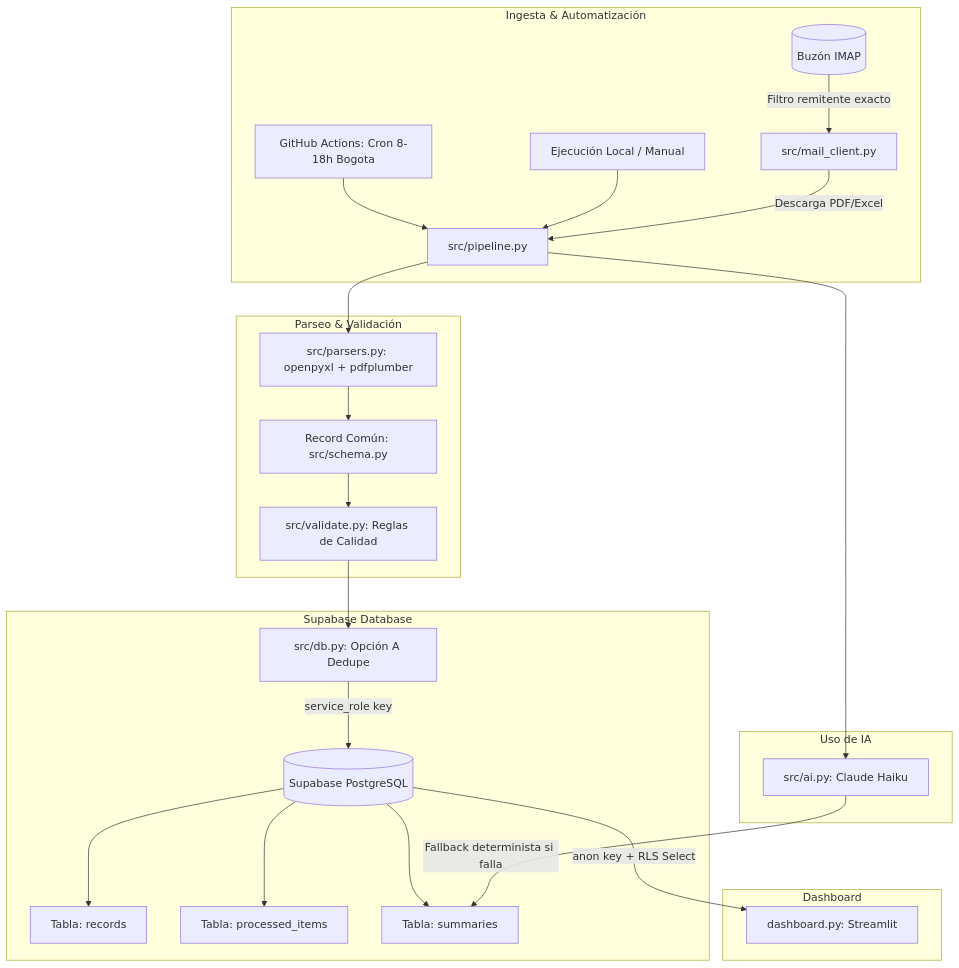
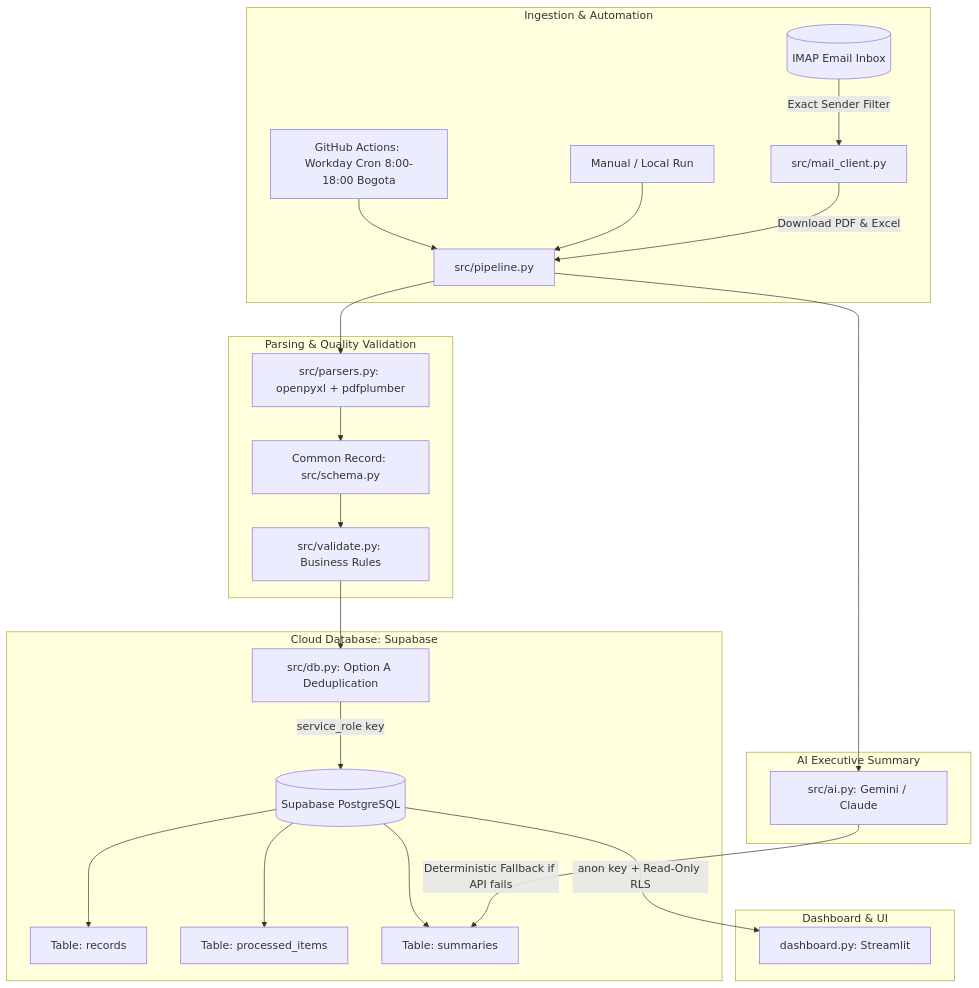
One commit to sanzmunoz/solucion_prueba_automatizacion changed the diagram in README.md. Above: the diagram before and after it, drawn with Mermaid. The commit also changed other lines of this file, not shown here.

````diff
--- a/README.md
+++ b/README.md
@@ -9,32 +9,32 @@
 ```mermaid
 flowchart TD
-    subgraph Ingesta ["Ingesta & Automatización"]
-        CRON[GitHub Actions: Cron 8-18h Bogota] --> PIPE[src/pipeline.py]
-        MANUAL[Ejecución Local / Manual] --> PIPE
-        MAIL[(Buzón IMAP)] -->|Filtro remitente exacto| MC[src/mail_client.py]
-        MC -->|Descarga PDF/Excel| PIPE
+    subgraph Ingestion ["Ingestion & Automation"]
+        CRON[GitHub Actions: Workday Cron 8:00-18:00 Bogota] --> PIPE[src/pipeline.py]
+        MANUAL[Manual / Local Run] --> PIPE
+        MAIL[(IMAP Email Inbox)] -->|Exact Sender Filter| MC[src/mail_client.py]
+        MC -->|Download PDF & Excel| PIPE
     end
 
-    subgraph Procesamiento ["Parseo & Validación"]
+    subgraph Processing ["Parsing & Quality Validation"]
         PIPE --> PX[src/parsers.py: openpyxl + pdfplumber]
-        PX --> REC[Record Común: src/schema.py]
-        REC --> VAL[src/validate.py: Reglas de Calidad]
+        PX --> REC[Common Record: src/schema.py]
+        REC --> VAL[src/validate.py: Business Rules]
     end
 
-    subgraph Persistencia ["Supabase Database"]
-        VAL --> DB_MOD[src/db.py: Opción A Dedupe]
+    subgraph Storage ["Cloud Database: Supabase"]
+        VAL --> DB_MOD[src/db.py: Option A Deduplication]
         DB_MOD -->|service_role key| SUPA[(Supabase PostgreSQL)]
-        SUPA --> T_REC[Tabla: records]
-        SUPA --> T_ITEMS[Tabla: processed_items]
-        SUPA --> T_SUMM[Tabla: summaries]
+        SUPA --> T_REC[Table: records]
+        SUPA --> T_ITEMS[Table: processed_items]
+        SUPA --> T_SUMM[Table: summaries]
     end
 
-    subgraph InteligenciaArtificial ["Uso de IA"]
-        PIPE --> AI[src/ai.py: Claude Haiku]
-        AI -->|Fallback determinista si falla| T_SUMM
+    subgraph ArtificialIntelligence ["AI Executive Summary"]
+        PIPE --> AI[src/ai.py: Gemini / Claude]
+        AI -->|Deterministic Fallback if API fails| T_SUMM
     end
 
-    subgraph Visualizacion ["Dashboard"]
-        SUPA -->|anon key + RLS Select| DASH[dashboard.py: Streamlit]
+    subgraph Visualization ["Dashboard & UI"]
+        SUPA -->|anon key + Read-Only RLS| DASH[dashboard.py: Streamlit]
     end
 ```
````
